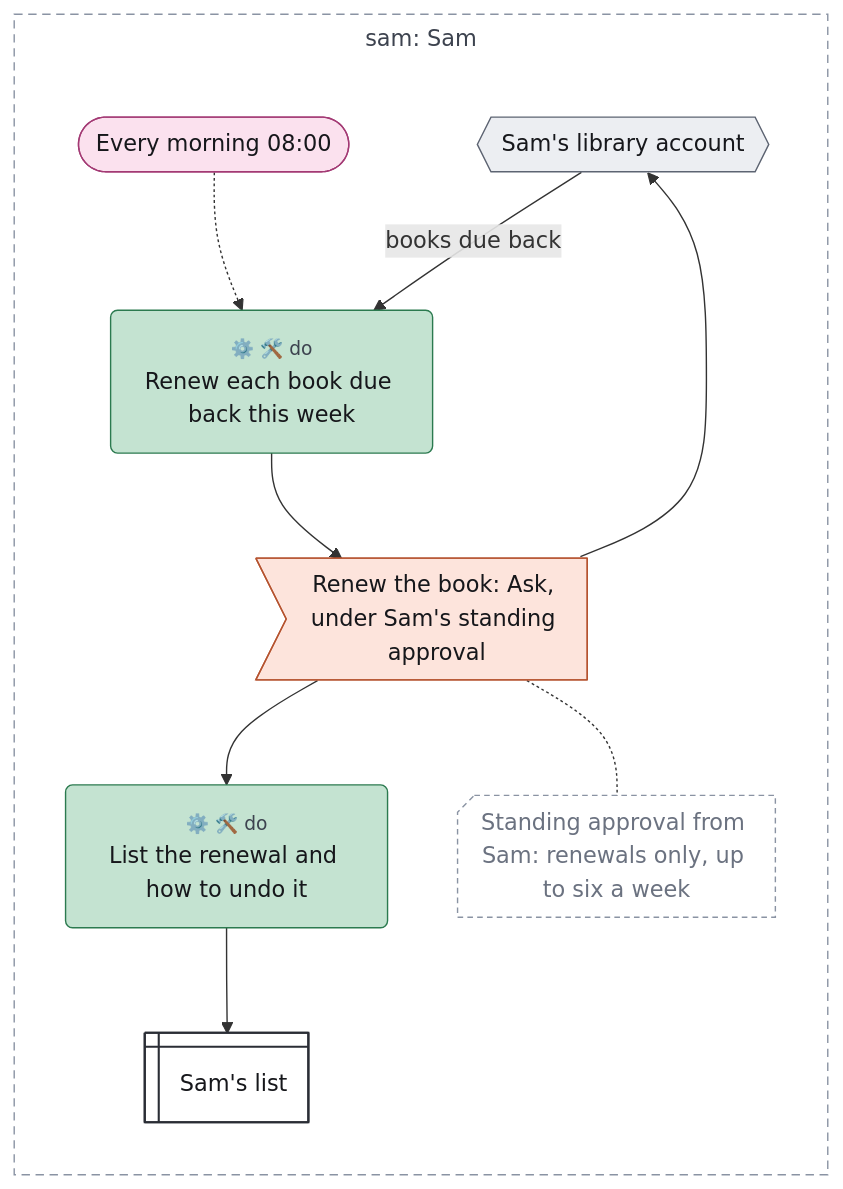
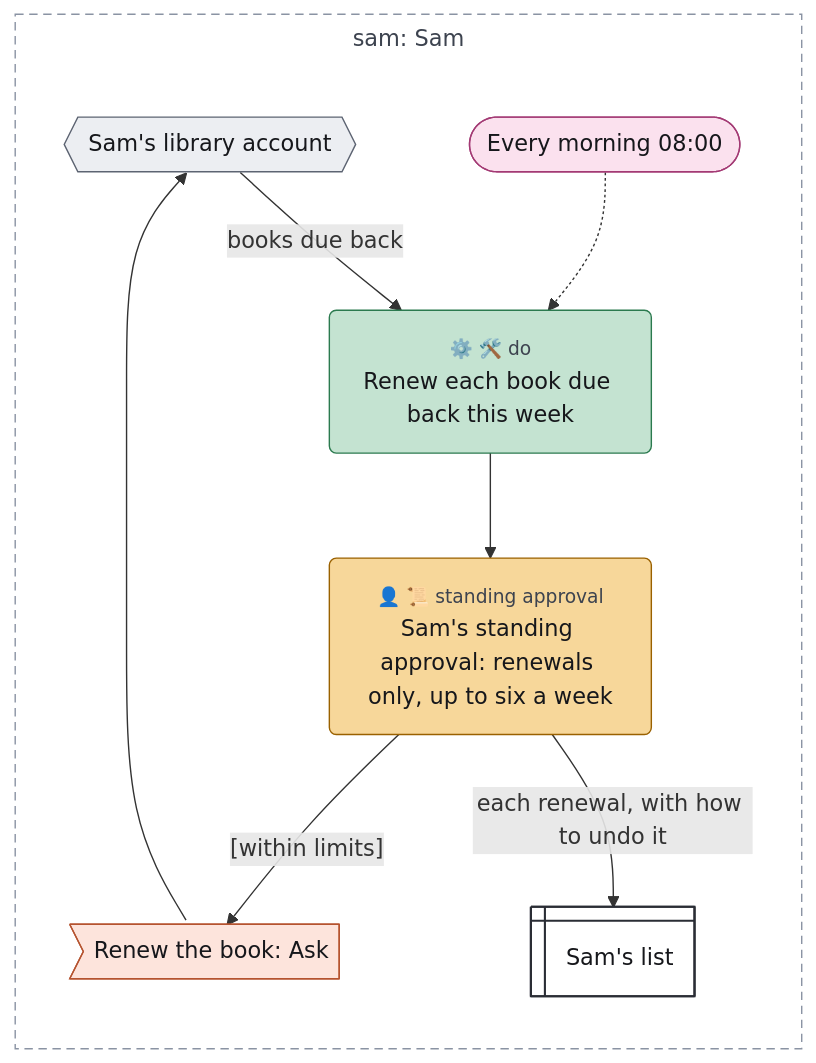
One commit to chrismdp/awml changed the diagram in examples/tour/12-standing-approval.mmd. Above: the diagram before and after it, drawn with Mermaid. The commit also changed 43 other files, not shown here.

```diff
--- a/examples/tour/12-standing-approval.mmd
+++ b/examples/tour/12-standing-approval.mmd
@@ -1,47 +1,45 @@
 ---
 config:
   theme: default
   fontFamily: Inter, sans-serif
   flowchart:
     useMaxWidth: false
     subGraphTitleMargin:
       top: 6
       bottom: 30
 ---
 flowchart TB
   subgraph sam["sam#58; Sam"]
     direction TB
     morning(["Every morning 08#58;00"])
     library{{"Sam#39;s library account"}}
     renew("<small style='color:rgb(61,67,79)'>⚙️ 🛠️ do</small><br>Renew each book due back this week")
-    action>"Renew the book#58; Ask#44; under Sam#39;s standing approval"]
-    report("<small style='color:rgb(61,67,79)'>⚙️ 🛠️ do</small><br>List the renewal and how to undo it")
+    approval("<small style='color:rgb(61,67,79)'>👤 📜 standing approval</small><br>Sam#39;s standing approval#58; renewals only#44; up to six a week")
+    action>"Renew the book#58; Ask"]
     list@{ shape: win-pane, label: "Sam#39;s list" }
-    terms@{ shape: notch-rect, label: "Standing approval from Sam#58; renewals only#44; up to six a week" }
   end
 
   morning -.-> renew
   library -->|"books due back"| renew
-  renew --> action
+  renew --> approval
+  approval -->|"#91;within limits#93;"| action
   library <--> action
-  action --> report
-  report --> list
-  action -.- terms
+  approval -->|"each renewal#44; with how to undo it"| list
   classDef trig fill:#fbe1ee,stroke:#a33a74,color:#16171b
   classDef ctx fill:#e2eef9,stroke:#3d6fa3,color:#16171b
   classDef con fill:#eceef2,stroke:#5d6472,color:#16171b
   classDef surf fill:#ffffff,stroke:#2a2d35,stroke-width:1.5px,color:#16171b
   classDef out fill:#fde4dc,stroke:#b5532f,color:#16171b
   classDef ai fill:#cdd3fb,stroke:#3b4bb0,color:#16171b
   classDef code fill:#c4e3d1,stroke:#2b7a4f,color:#16171b
   classDef person fill:#f7d79a,stroke:#9a6100,color:#16171b
   classDef uml fill:#16171b,stroke:#16171b,color:#16171b
   classDef gap fill:#ffffff,stroke:#8a93a3,stroke-dasharray:4 3,color:#6b7280
   class morning trig
   class library con
   class list surf
   class action out
-  class renew,report code
-  class terms gap
+  class renew code
+  class approval person
   style sam fill:transparent,stroke:#8a93a3,stroke-dasharray:6 4,color:#3d434f
-  linkStyle 3 marker-end:none
+  linkStyle 4 marker-end:none
```
